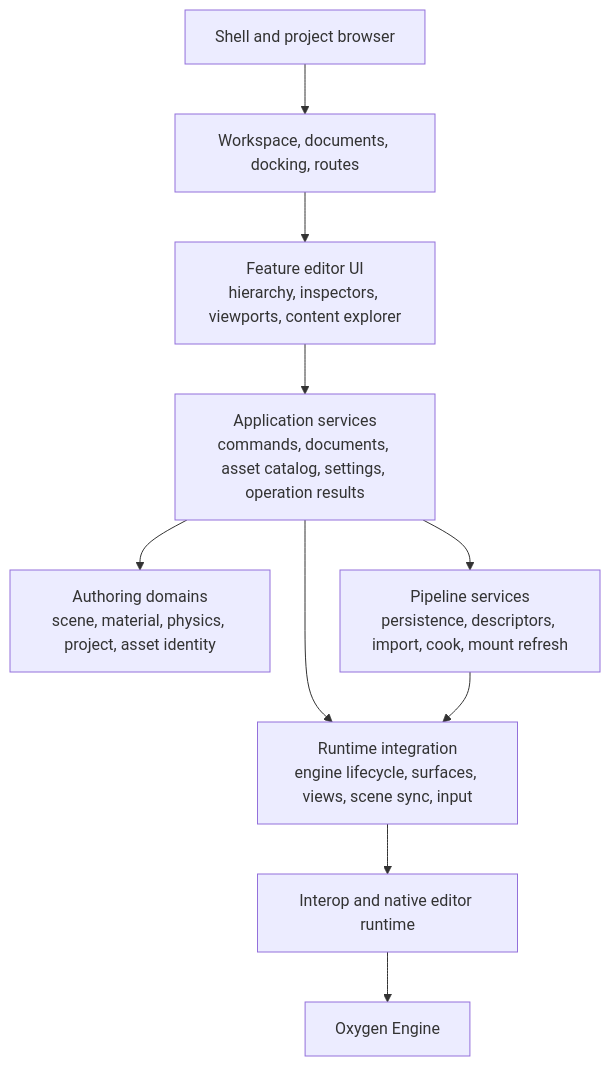
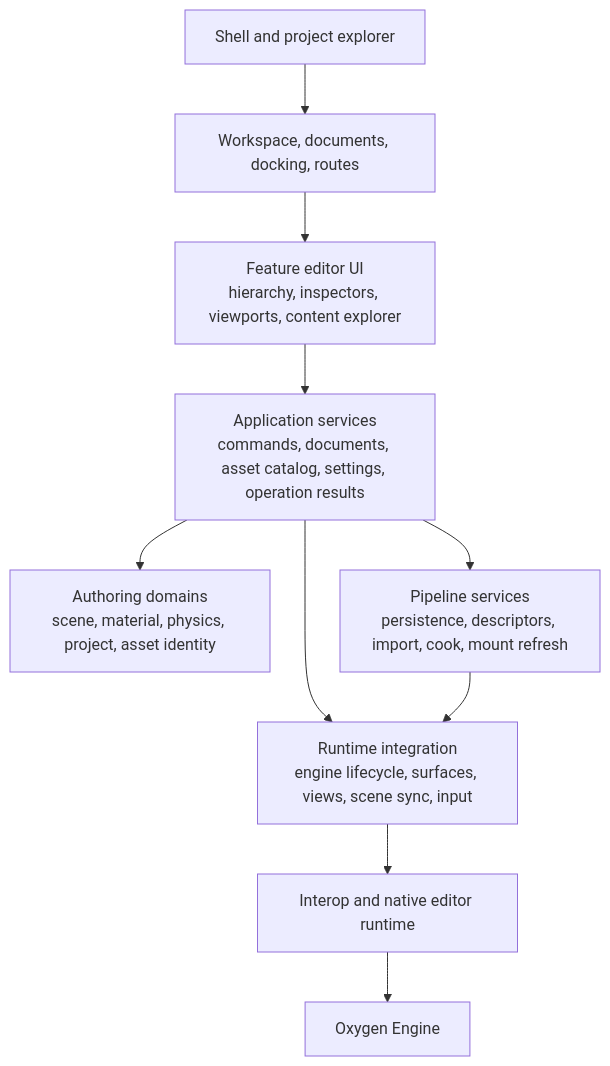
Before and after one commit to abdes/DroidNet: the second of 10 diagrams in design/editor/ARCHITECTURE.md, drawn with Mermaid. The commit also changed other lines of this file and 104 other files, not shown here.

First line of the commit message:
refactor(project-explorer): name the start experience ProjectExplorer

````diff
--- a/design/editor/ARCHITECTURE.md
+++ b/design/editor/ARCHITECTURE.md
@@ -353,22 +353,22 @@
 ```mermaid
 flowchart TB
-    Shell[Shell and project browser]
+    Shell[Shell and project explorer]
     Workspace[Workspace, documents, docking, routes]
     FeatureUI[Feature editor UI<br/>hierarchy, inspectors, viewports, content explorer]
     AppServices[Application services<br/>commands, documents, asset catalog, settings, operation results]
     Domains[Authoring domains<br/>scene, material, physics, project, asset identity]
     Pipeline[Pipeline services<br/>persistence, descriptors, import, cook, mount refresh]
     Runtime[Runtime integration<br/>engine lifecycle, surfaces, views, scene sync, input]
     Interop[Interop and native editor runtime]
     Engine[Oxygen Engine]
 
     Shell --> Workspace
     Workspace --> FeatureUI
     FeatureUI --> AppServices
     AppServices --> Domains
     AppServices --> Pipeline
     AppServices --> Runtime
     Pipeline --> Runtime
     Runtime --> Interop
     Interop --> Engine
 ```
````
